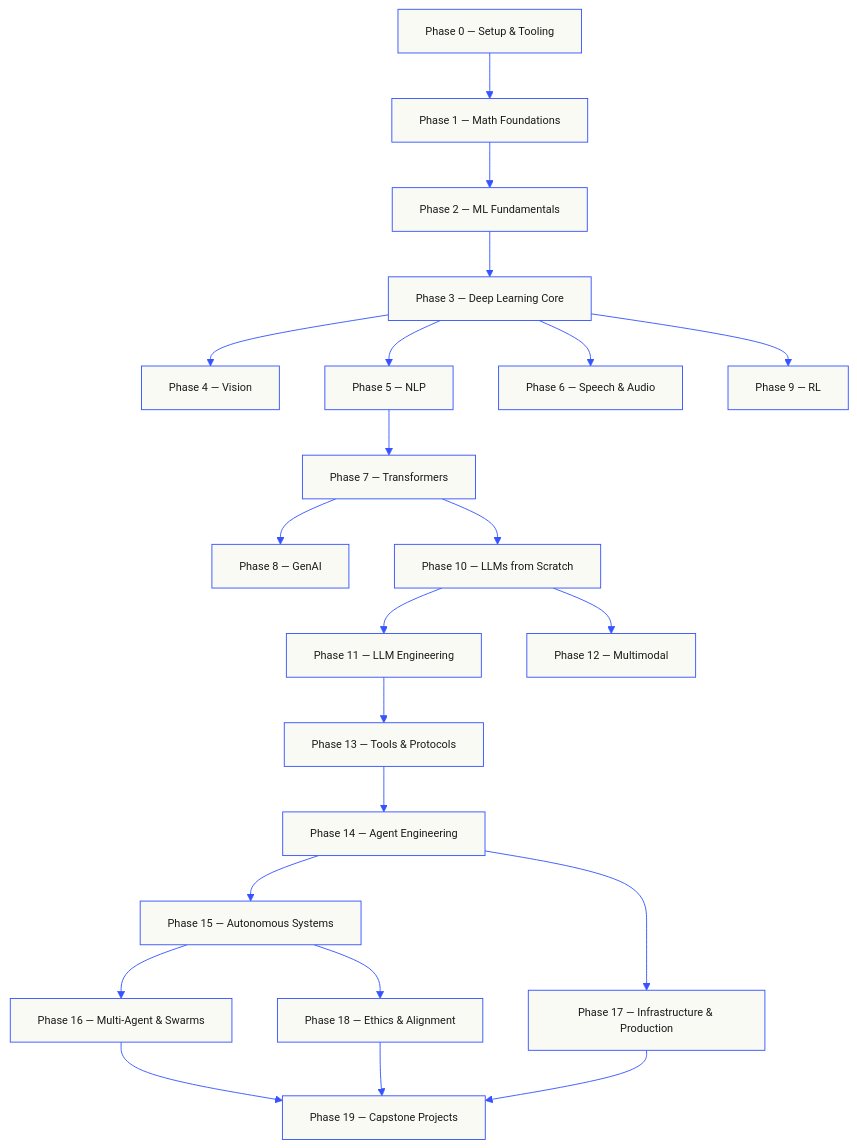
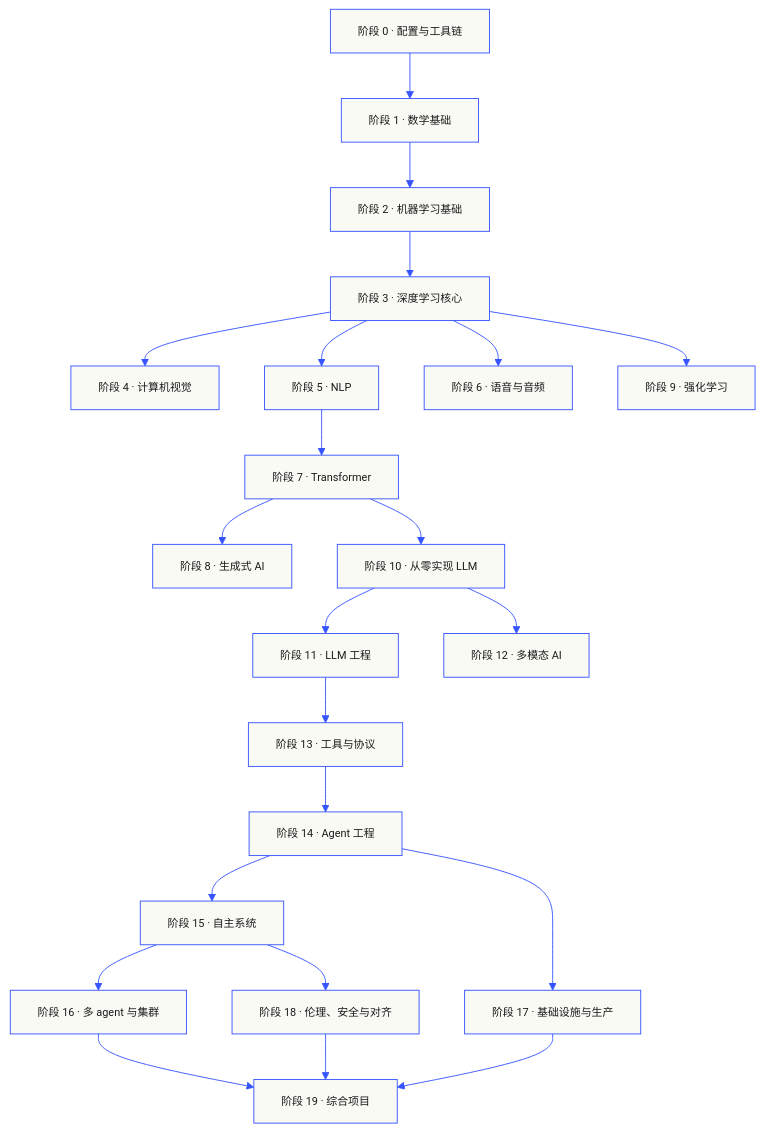
One commit to fancyboi999/ai-engineering-from-scratch-zh changed the first of 2 diagrams in README.md. Above: the diagram before and after it, drawn with Mermaid. The commit also changed other lines of this file, not shown here.

Commit message:
feat(readme): 两个 mermaid 图中文化 + stars badge 绕 camo 缓存
- 「课程的结构」flowchart：20 个 phase 节点中文化（用 README 目录官方译名）
- 「一节课的样子」flowchart：六节拍中文化（问题背景/核心概念/动手构建/
  实际使用/拿去用，与课程正文 zh.md 章节一致；MOTTO→主旨）
- stars badge URL 加 cacheSeconds=21600：强制 GitHub camo 重新抓图，绕过
  shields.io 偶发限流被缓存的「Unable to select token from pool」坏图

课数校验通过（503/20，Contents 表格未受影响）。

````diff
--- a/README.md
+++ b/README.md
@@ -69,25 +69,25 @@
 ```mermaid
 %%{init: {'theme':'base','themeVariables':{'primaryColor':'#fafaf5','primaryTextColor':'#1a1a1a','primaryBorderColor':'#3553ff','lineColor':'#3553ff','fontFamily':'JetBrains Mono','fontSize':'12px'}}}%%
 flowchart TB
-  P0["Phase 0 — Setup &amp; Tooling"] --> P1["Phase 1 — Math Foundations"]
-  P1 --> P2["Phase 2 — ML Fundamentals"]
-  P2 --> P3["Phase 3 — Deep Learning Core"]
-  P3 --> P4["Phase 4 — Vision"]
-  P3 --> P5["Phase 5 — NLP"]
-  P3 --> P6["Phase 6 — Speech &amp; Audio"]
-  P3 --> P9["Phase 9 — RL"]
-  P5 --> P7["Phase 7 — Transformers"]
-  P7 --> P8["Phase 8 — GenAI"]
-  P7 --> P10["Phase 10 — LLMs from Scratch"]
-  P10 --> P11["Phase 11 — LLM Engineering"]
-  P10 --> P12["Phase 12 — Multimodal"]
-  P11 --> P13["Phase 13 — Tools &amp; Protocols"]
-  P13 --> P14["Phase 14 — Agent Engineering"]
-  P14 --> P15["Phase 15 — Autonomous Systems"]
-  P15 --> P16["Phase 16 — Multi-Agent &amp; Swarms"]
-  P14 --> P17["Phase 17 — Infrastructure &amp; Production"]
-  P15 --> P18["Phase 18 — Ethics &amp; Alignment"]
-  P16 --> P19["Phase 19 — Capstone Projects"]
+  P0["阶段 0 · 配置与工具链"] --> P1["阶段 1 · 数学基础"]
+  P1 --> P2["阶段 2 · 机器学习基础"]
+  P2 --> P3["阶段 3 · 深度学习核心"]
+  P3 --> P4["阶段 4 · 计算机视觉"]
+  P3 --> P5["阶段 5 · NLP"]
+  P3 --> P6["阶段 6 · 语音与音频"]
+  P3 --> P9["阶段 9 · 强化学习"]
+  P5 --> P7["阶段 7 · Transformer"]
+  P7 --> P8["阶段 8 · 生成式 AI"]
+  P7 --> P10["阶段 10 · 从零实现 LLM"]
+  P10 --> P11["阶段 11 · LLM 工程"]
+  P10 --> P12["阶段 12 · 多模态 AI"]
+  P11 --> P13["阶段 13 · 工具与协议"]
+  P13 --> P14["阶段 14 · Agent 工程"]
+  P14 --> P15["阶段 15 · 自主系统"]
+  P15 --> P16["阶段 16 · 多 agent 与集群"]
+  P14 --> P17["阶段 17 · 基础设施与生产"]
+  P15 --> P18["阶段 18 · 伦理、安全与对齐"]
+  P16 --> P19["阶段 19 · 综合项目"]
   P17 --> P19
   P18 --> P19
 ```
````
